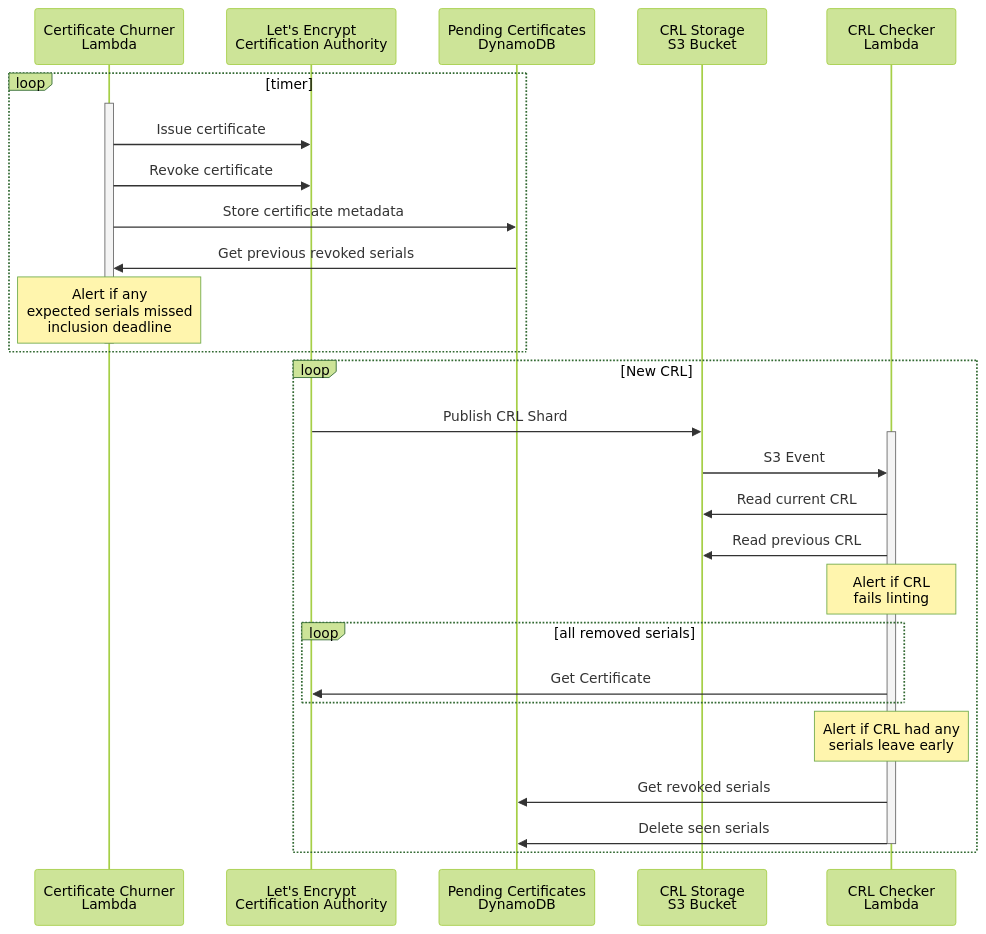
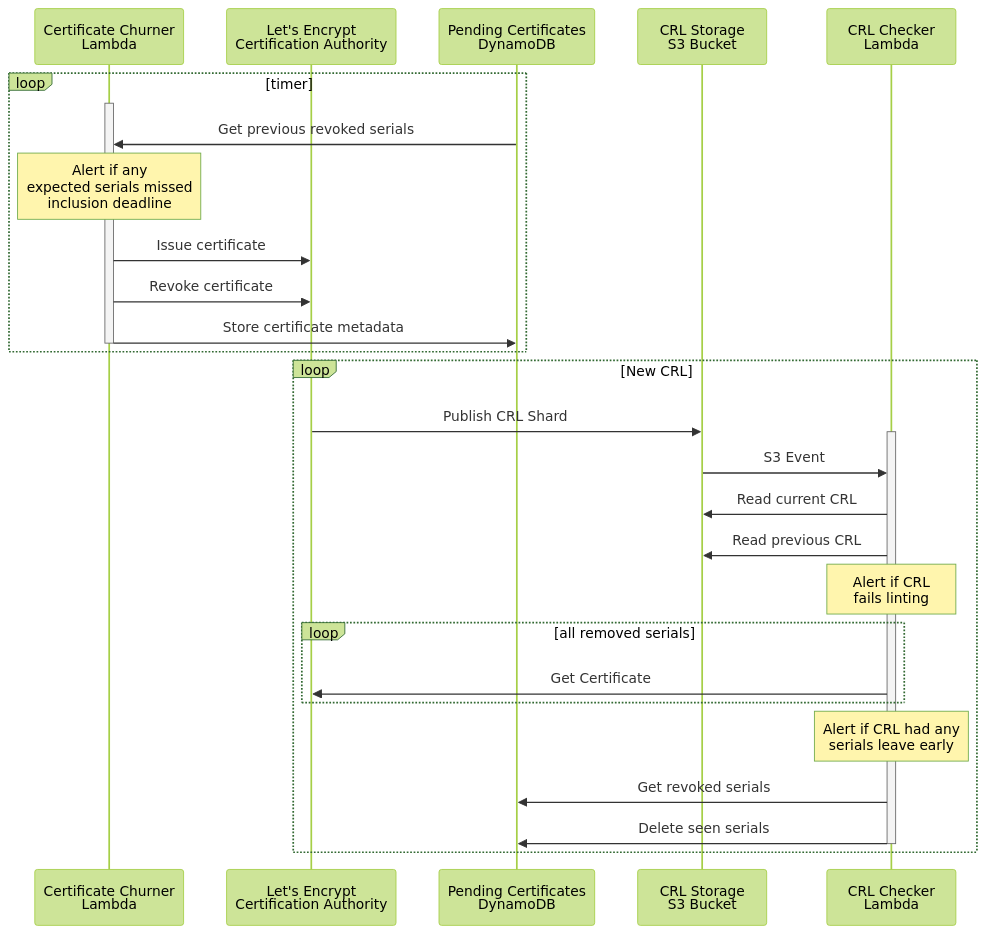
One commit to letsencrypt/crl-monitor changed the diagram in README.md. Above: the diagram before and after it, drawn with Mermaid (forest theme). The commit also changed other lines of this file, not shown here.

````diff
--- a/README.md
+++ b/README.md
@@ -9,34 +9,34 @@
 ```mermaid
 sequenceDiagram
   participant churn as Certificate Churner<br />Lambda
   participant ca as Let's Encrypt<br />Certification Authority
   participant ddb as Pending Certificates<br />DynamoDB
   participant s3 as CRL Storage<br />S3 Bucket
   participant checker as CRL Checker<br />Lambda
 
   loop timer
     activate churn
+    ddb->>churn: Get previous revoked serials
+    Note over churn: Alert if any<br />expected serials missed<br />inclusion deadline
     churn->>ca: Issue certificate
     churn->>ca: Revoke certificate
     churn->>ddb: Store certificate metadata
-    ddb->>churn: Get previous revoked serials
-    Note over churn: Alert if any<br />expected serials missed<br />inclusion deadline
     deactivate churn
   end
 
   loop New CRL
     ca->>s3: Publish CRL Shard
     activate checker
     s3->>checker: S3 Event
     checker->>s3: Read current CRL
     checker->>s3: Read previous CRL
     Note over checker: Alert if CRL<br />fails linting
     loop all removed serials
       checker->>ca: Get Certificate
     end
     Note over checker: Alert if CRL had any<br />serials leave early
     checker->>ddb: Get revoked serials
     checker->>ddb: Delete seen serials
     deactivate checker
   end
 ```
````
